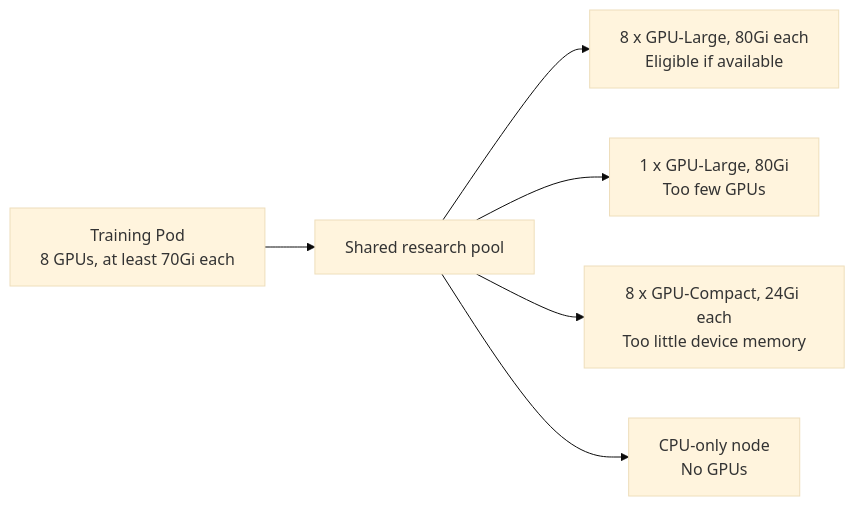
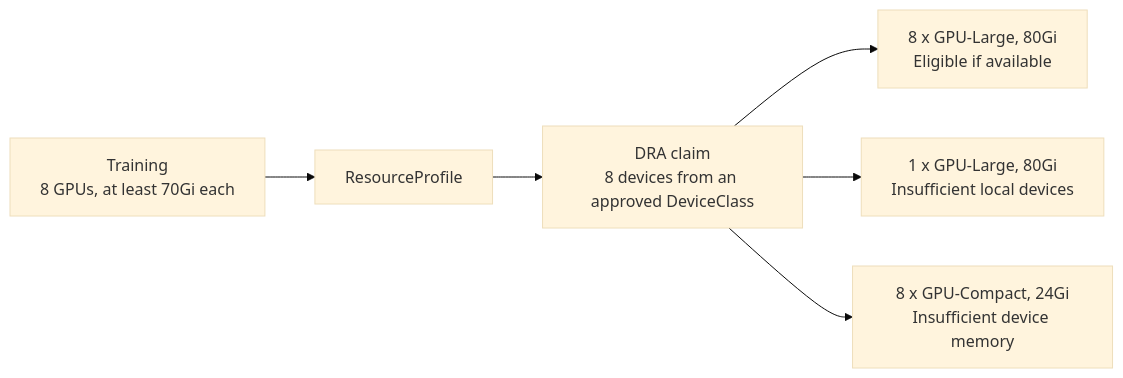
One commit to wsq2333/milos changed the first of 5 diagrams in docs/resource-pools.md. Above: the diagram before and after it, drawn with Mermaid (base theme). The commit also changed other lines of this file and 6 other files, not shown here.

Commit message:
docs: adopt DRA-backed resource design and summarize key features

````diff
--- a/docs/resource-pools.md
+++ b/docs/resource-pools.md
@@ -13,8 +11,8 @@
 ```mermaid
 flowchart LR
-    T["Training Pod<br/>8 GPUs, at least 70Gi each"] --> P["Shared research pool"]
-    P --> A["8 x GPU-Large, 80Gi each<br/>Eligible if available"]
-    P --> B["1 x GPU-Large, 80Gi<br/>Too few GPUs"]
-    P --> C["8 x GPU-Compact, 24Gi each<br/>Too little device memory"]
-    P --> D["CPU-only node<br/>No GPUs"]
+    T["Training<br/>8 GPUs, at least 70Gi each"] --> P["ResourceProfile"]
+    P --> D["DRA claim<br/>8 devices from an approved DeviceClass"]
+    D --> A["8 x GPU-Large, 80Gi<br/>Eligible if available"]
+    D --> B["1 x GPU-Large, 80Gi<br/>Insufficient local devices"]
+    D --> C["8 x GPU-Compact, 24Gi<br/>Insufficient device memory"]
 ```
````
